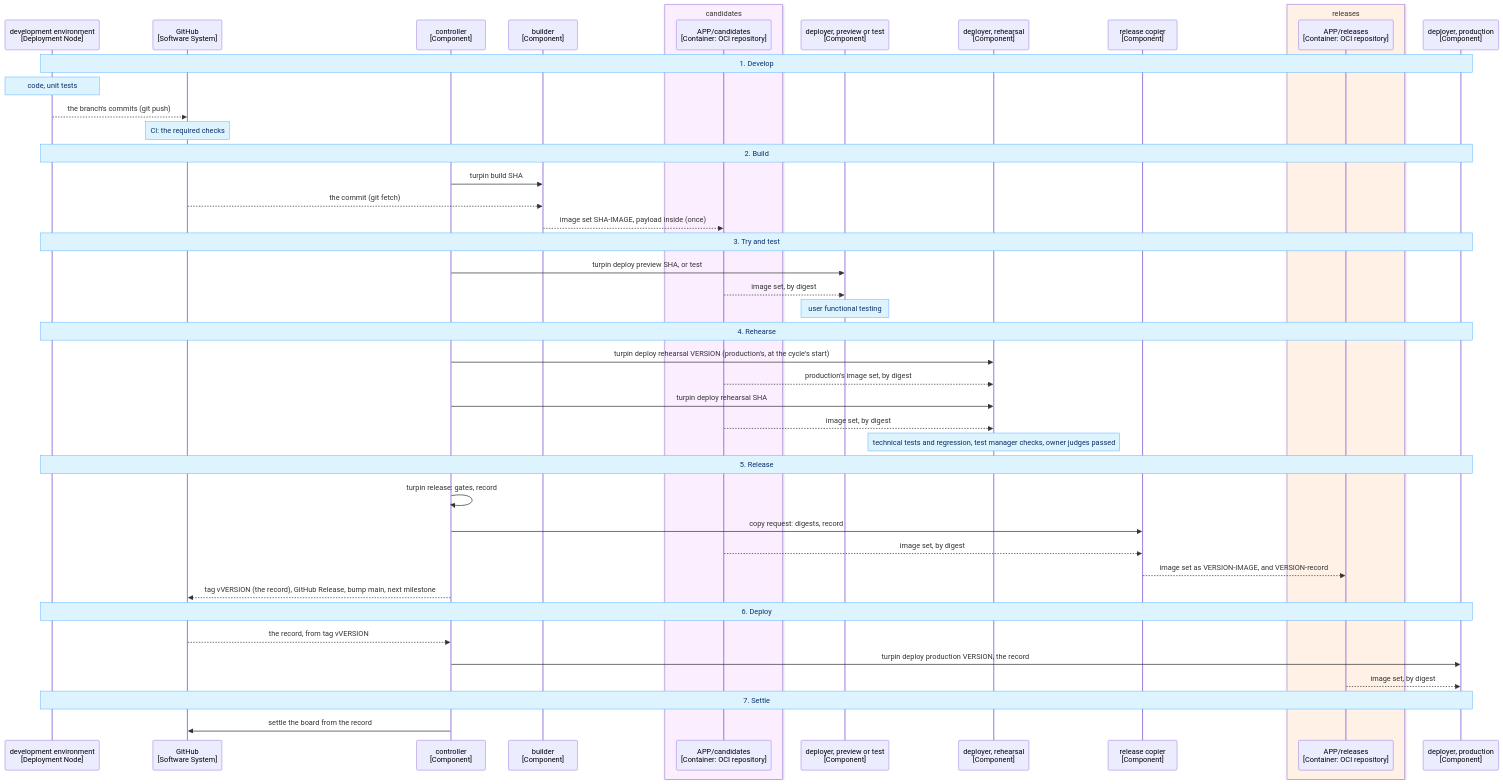
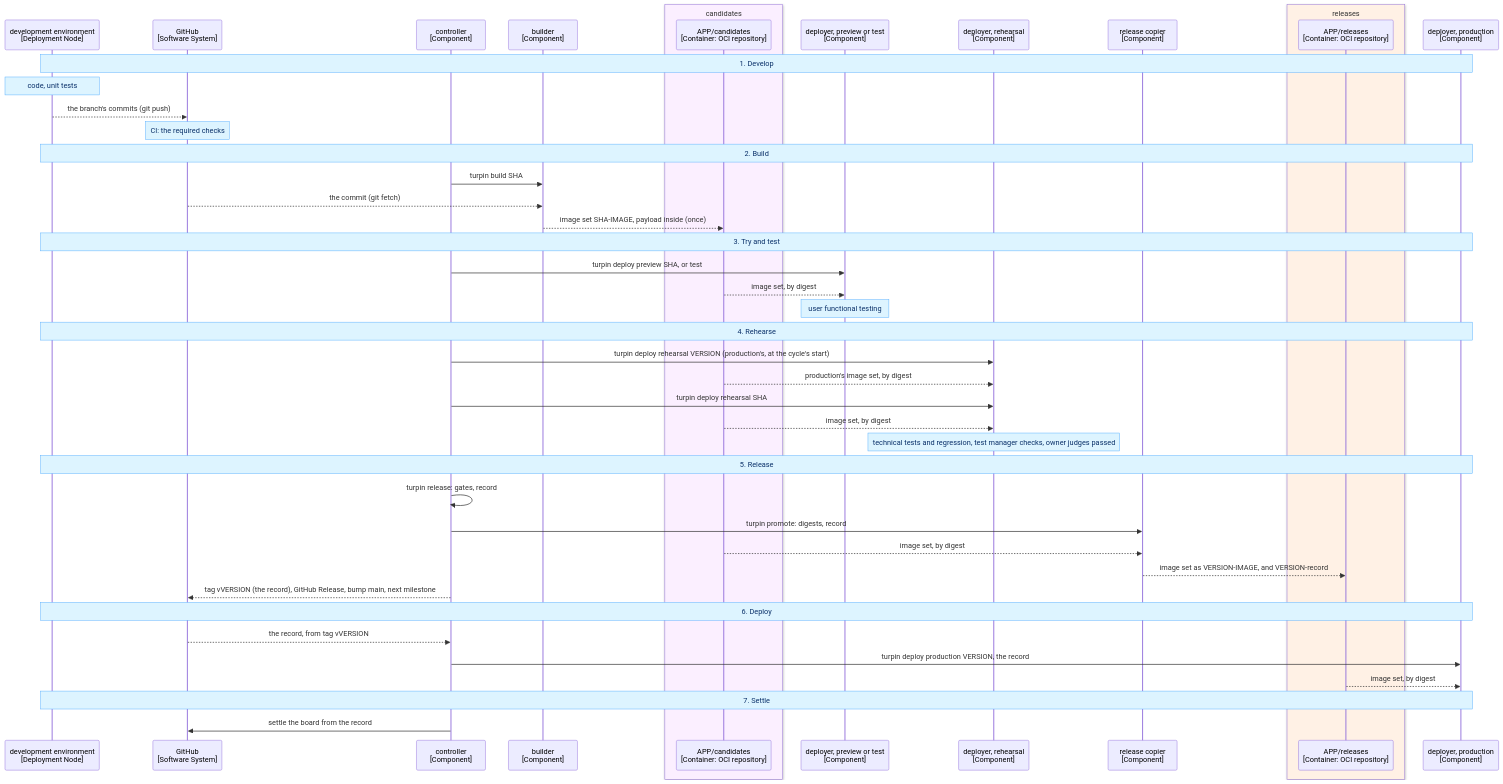
The third of 10 diagrams in records/2.5-changes/programme-tooling/117-generic-deliver-tool/design.md (delphside/programme), drawn with Mermaid before and after one commit. The commit also changed other lines of this file, not shown here.

First line of the commit message:
Change 117: copy and delete as Python turpin commands; translators

````diff
--- a/records/2.5-changes/programme-tooling/117-generic-deliver-tool/design.md
+++ b/records/2.5-changes/programme-tooling/117-generic-deliver-tool/design.md
@@ -251,48 +252,48 @@
 ```mermaid
 %%{init: {"themeVariables": {"noteBkgColor": "#ddf4ff", "noteBorderColor": "#54aeff", "noteTextColor": "#0a3069"}}}%%
 sequenceDiagram
   participant DEV as development environment<br>[Deployment Node]
   participant GH as GitHub<br>[Software System]
   participant CN as controller<br>[Component]
   participant BE as builder<br>[Component]
   box rgb(251,239,255) candidates
     participant C as APP/candidates<br>[Container: OCI repository]
   end
   participant PV as deployer, preview or test<br>[Component]
   participant H as deployer, rehearsal<br>[Component]
   participant RC as release copier<br>[Component]
   box rgb(255,241,229) releases
     participant R as APP/releases<br>[Container: OCI repository]
   end
   participant P as deployer, production<br>[Component]
   Note over DEV,P: 1. Develop
   Note over DEV: code, unit tests
   DEV-->>GH: the branch's commits (git push)
   Note over GH: CI: the required checks
   Note over DEV,P: 2. Build
   CN->>BE: turpin build SHA
   GH-->>BE: the commit (git fetch)
   BE-->>C: image set SHA-IMAGE, payload inside (once)
   Note over DEV,P: 3. Try and test
   CN->>PV: turpin deploy preview SHA, or test
   C-->>PV: image set, by digest
   Note over PV: user functional testing
   Note over DEV,P: 4. Rehearse
   CN->>H: turpin deploy rehearsal VERSION (production's, at the cycle's start)
   C-->>H: production's image set, by digest
   CN->>H: turpin deploy rehearsal SHA
   C-->>H: image set, by digest
   Note over H: technical tests and regression, test manager checks, owner judges passed
   Note over DEV,P: 5. Release
   CN->>CN: turpin release: gates, record
-  CN->>RC: copy request: digests, record
+  CN->>RC: turpin promote: digests, record
   C-->>RC: image set, by digest
   RC-->>R: image set as VERSION-IMAGE, and VERSION-record
   CN-->>GH: tag vVERSION (the record), GitHub Release, bump main, next milestone
   Note over DEV,P: 6. Deploy
   GH-->>CN: the record, from tag vVERSION
   CN->>P: turpin deploy production VERSION, the record
   R-->>P: image set, by digest
   Note over DEV,P: 7. Settle
   CN->>GH: settle the board from the record
 ```
````
